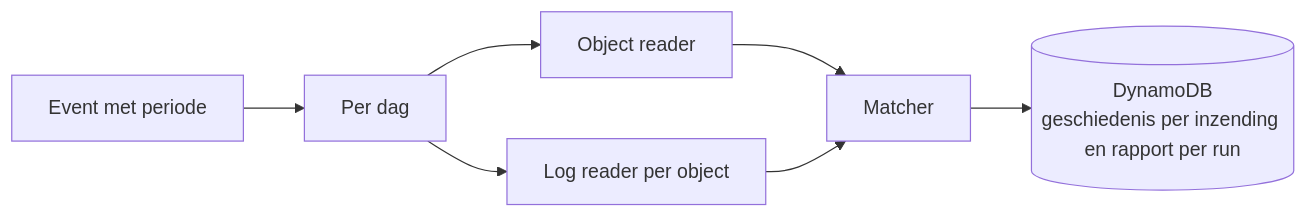
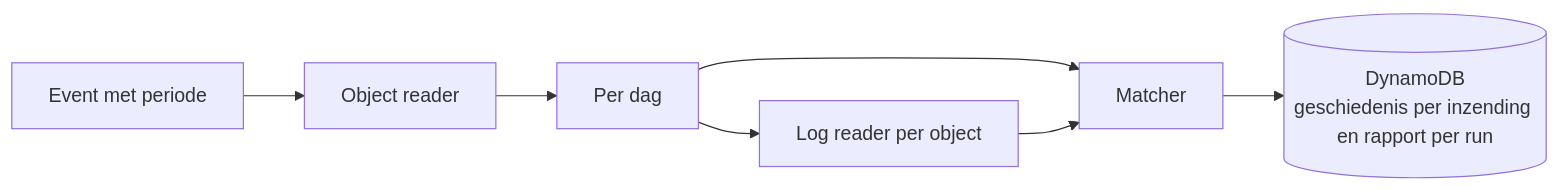
Before and after one commit to GemeenteNijmegen/open-forms: the diagram in src/submission-processing-monitor/processing-check/README.md, drawn with Mermaid. The commit also changed other lines of this file, not shown here.

````diff
--- a/src/submission-processing-monitor/processing-check/README.md
+++ b/src/submission-processing-monitor/processing-check/README.md
@@ -8,9 +8,9 @@
 ```mermaid
 flowchart LR
-    E[Event met periode] --> D[Per dag]
-    D --> O[Object reader]
+    E[Event met periode] --> O[Object reader]
+    O --> D[Per dag]
     D --> L[Log reader per object]
-    O --> M[Matcher]
+    D --> M[Matcher]
     L --> M
     M --> T[(DynamoDB<br/>geschiedenis per inzending en rapport per run)]
 ```
````
